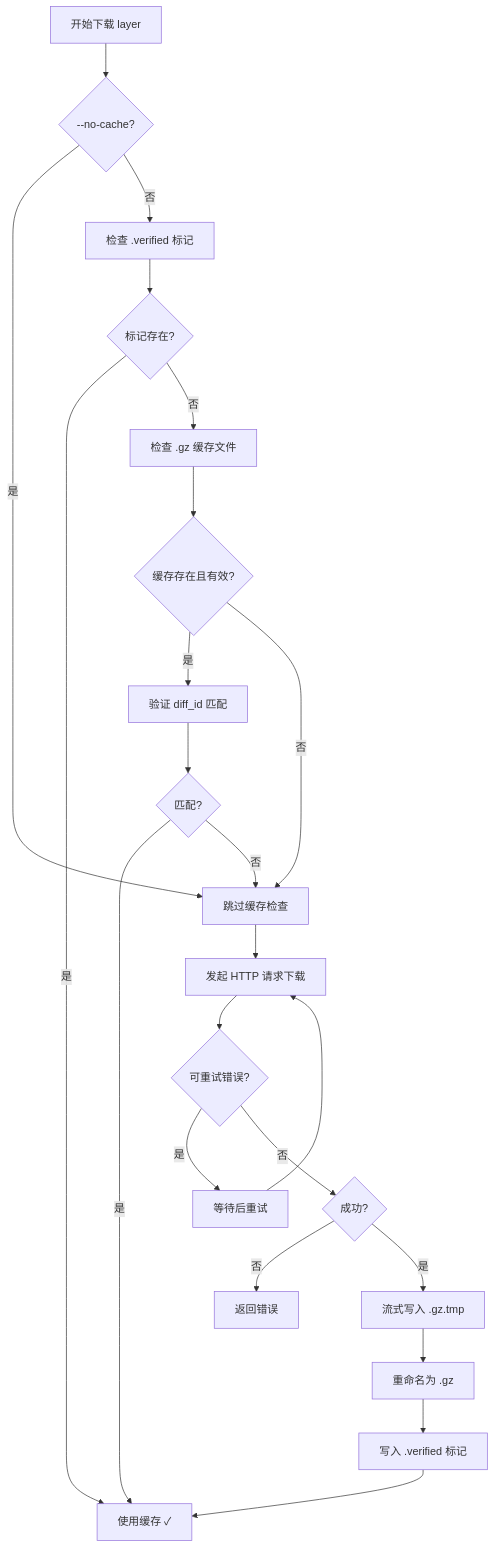
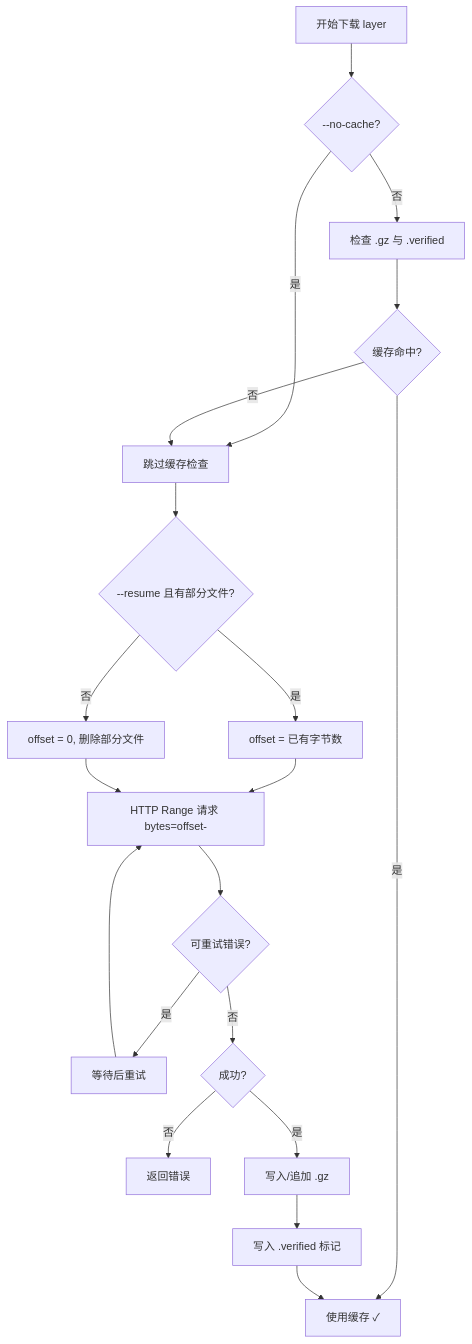
One commit to AspartameJ/imgp changed the second of 4 diagrams in README.md. Above: the diagram before and after it, drawn with Mermaid. The commit also changed other lines of this file and 12 other files, not shown here.

Commit message:
feat: add --resume flag for HTTP Range-based layer download resume

````diff
--- a/README.md
+++ b/README.md
@@ -70,25 +70,22 @@
 ```mermaid
 flowchart TD
     A[开始下载 layer] --> B{--no-cache?}
-    B -- 是 --> C[跳过缓存检查]
-    B -- 否 --> D[检查 .verified 标记]
-    D --> E{标记存在?}
+    B -- 是 --> D[跳过缓存检查]
+    B -- 否 --> C[检查 .gz 与 .verified]
+    C --> E{缓存命中?}
     E -- 是 --> F[使用缓存 ✓]
-    E -- 否 --> G[检查 .gz 缓存文件]
-    G --> H{缓存存在且有效?}
-    H -- 是 --> I[验证 diff_id 匹配]
-    H -- 否 --> C
-    I --> J{匹配?}
-    J -- 是 --> F
-    J -- 否 --> C
-    C --> K[发起 HTTP 请求下载]
-    K --> L{可重试错误?}
-    L -- 是 --> M[等待后重试]
-    M --> K
-    L -- 否 --> N{成功?}
-    N -- 否 --> O[返回错误]
-    N -- 是 --> P[流式写入 .gz.tmp]
-    P --> Q[重命名为 .gz]
-    Q --> R[写入 .verified 标记]
-    R --> F
+    E -- 否 --> D
+    D --> G{--resume 且有部分文件?}
+    G -- 是 --> H[offset = 已有字节数]
+    G -- 否 --> I[offset = 0, 删除部分文件]
+    H --> J[HTTP Range 请求 bytes=offset-]
+    I --> J
+    J --> K{可重试错误?}
+    K -- 是 --> L[等待后重试]
+    L --> J
+    K -- 否 --> M{成功?}
+    M -- 否 --> N[返回错误]
+    M -- 是 --> O[写入/追加 .gz]
+    O --> P[写入 .verified 标记]
+    P --> F
 ```
````
